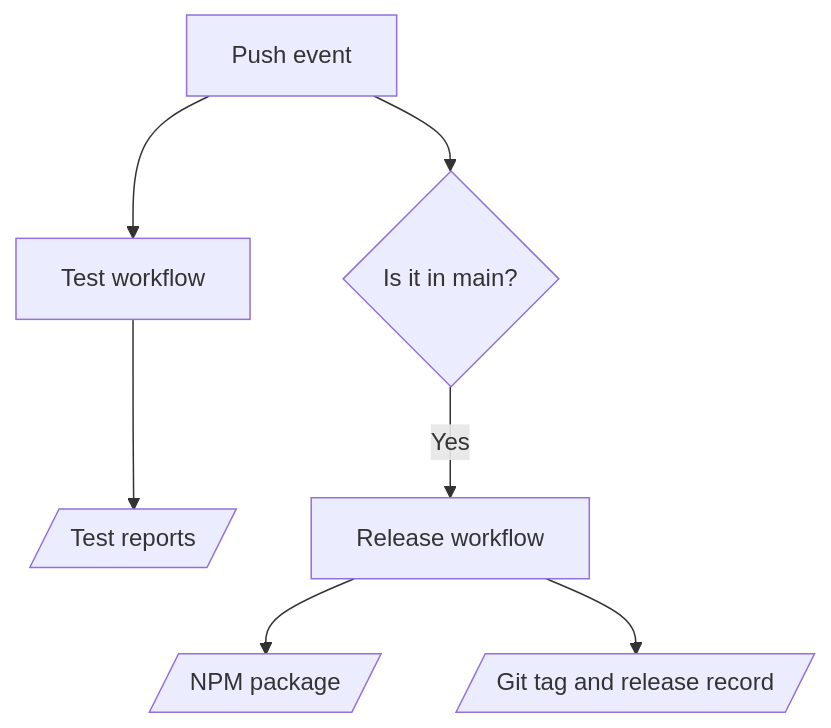
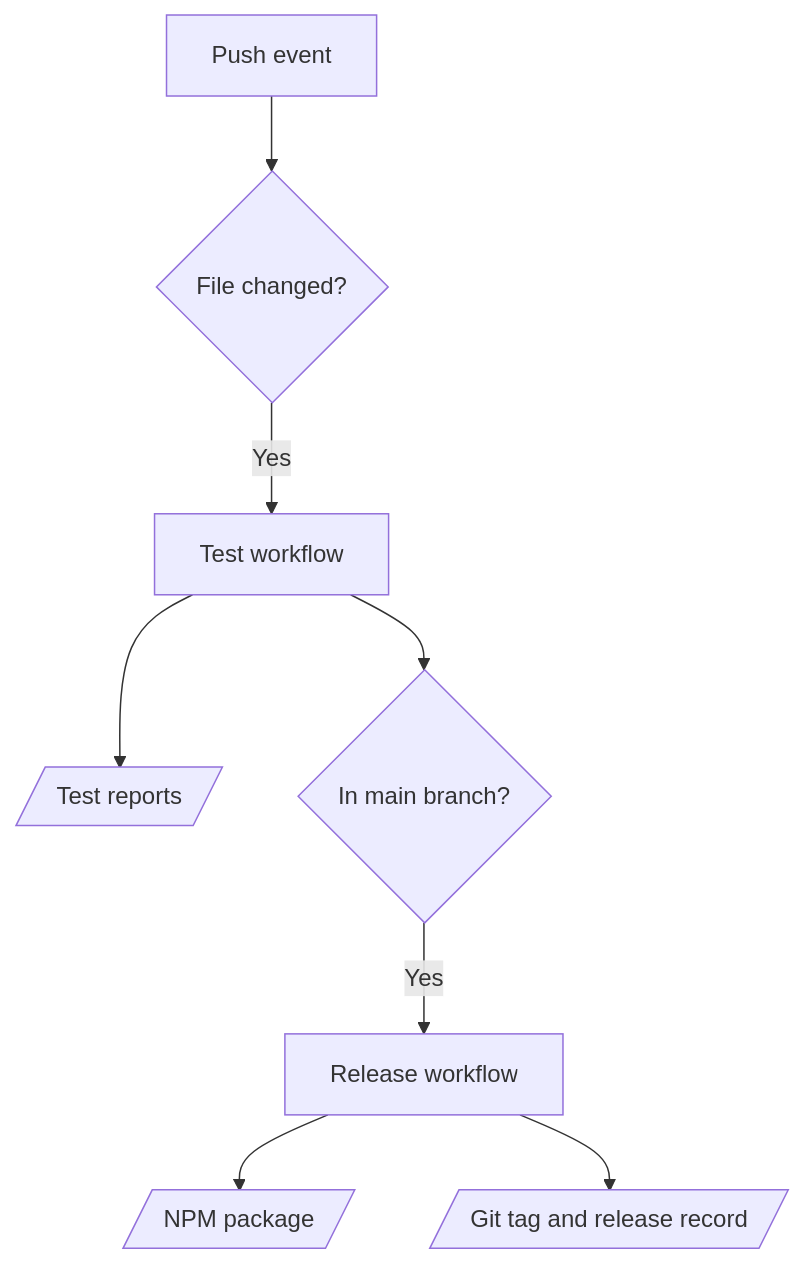
Before and after one commit to SiegeSailor/Cryptography: the second of 2 diagrams in CONTRIBUTING.md, drawn with Mermaid.

Commit message:
docs: update workflow diagram in CONTRIBUTING.md

````diff
--- a/CONTRIBUTING.md
+++ b/CONTRIBUTING.md
@@ -92,9 +92,10 @@
 ```mermaid
 flowchart TB
-  A[Push event] --> B[Test workflow]
+  A[Push event] --> J{File changed?}
+  J --> |Yes| B[Test workflow]
   B --> D[/Test reports/]
-  A --> E{Is it in main?}
-  E -->|Yes| F[Release workflow]
+  B --> E{In main branch?}
+  E --> |Yes| F[Release workflow]
   F --> H[/NPM package/]
   F --> I[/Git tag and release record/]
 ```
````
